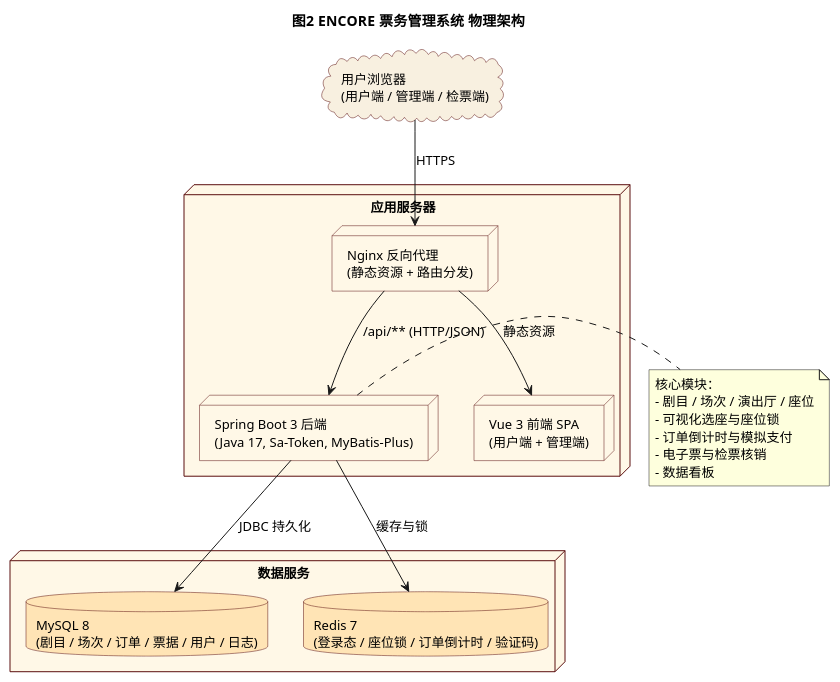
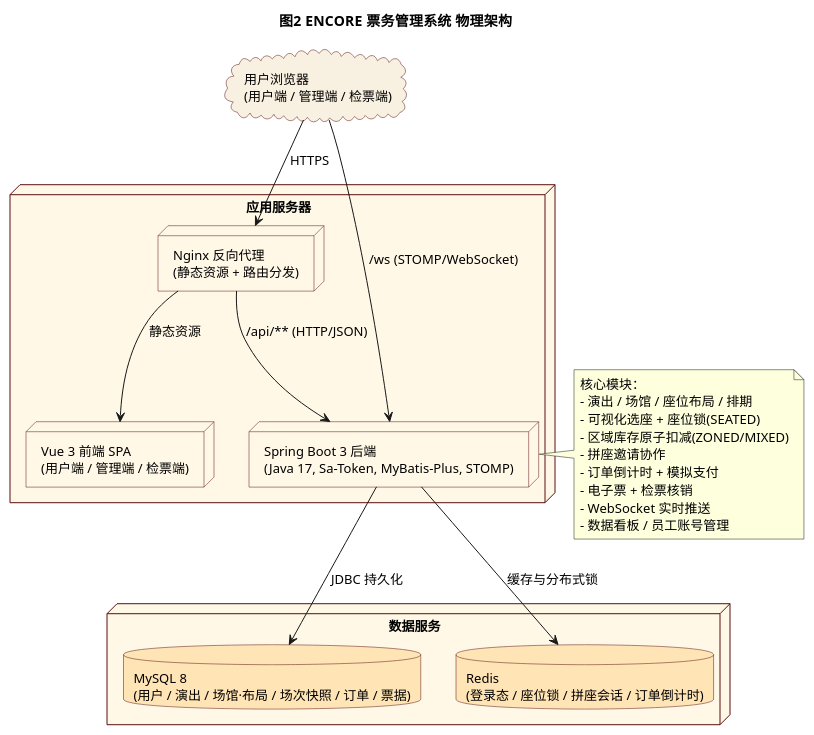
The diagram in uml-source/figure-01.puml (L0ne1y4Ever/ENCORE), drawn with PlantUML before and after one commit. The commit also changed 89 other files, not shown here.

```diff
--- a/uml-source/figure-01.puml
+++ b/uml-source/figure-01.puml
@@ -1,47 +1,51 @@
 @startuml
 !pragma teoz true
 skinparam shadowing false
 skinparam DefaultFontName "Microsoft YaHei"
 skinparam DefaultFontSize 13
 skinparam node {
   BackgroundColor #FFF8E7
   BorderColor #5B0E0E
 }
 skinparam database {
   BackgroundColor #FFE4B5
   BorderColor #5B0E0E
 }
 skinparam cloud {
   BackgroundColor #F8F0E0
   BorderColor #5B0E0E
 }
 title 图2  ENCORE 票务管理系统 物理架构
 
 cloud "用户浏览器\n(用户端 / 管理端 / 检票端)" as Browser
 
 node "应用服务器" {
   node "Nginx 反向代理\n(静态资源 + 路由分发)" as Nginx
-  node "Vue 3 前端 SPA\n(用户端 + 管理端)" as Frontend
-  node "Spring Boot 3 后端\n(Java 17, Sa-Token, MyBatis-Plus)" as Backend
+  node "Vue 3 前端 SPA\n(用户端 / 管理端 / 检票端)" as Frontend
+  node "Spring Boot 3 后端\n(Java 17, Sa-Token, MyBatis-Plus, STOMP)" as Backend
 }
 
 node "数据服务" {
-  database "MySQL 8\n(剧目 / 场次 / 订单 / 票据 / 用户 / 日志)" as MySQL
-  database "Redis 7\n(登录态 / 座位锁 / 订单倒计时 / 验证码)" as Redis
+  database "MySQL 8\n(用户 / 演出 / 场馆·布局 / 场次快照 / 订单 / 票据)" as MySQL
+  database "Redis\n(登录态 / 座位锁 / 拼座会话 / 订单倒计时)" as Redis
 }
 
 Browser --> Nginx : HTTPS
 Nginx --> Frontend : 静态资源
 Nginx --> Backend : /api/** (HTTP/JSON)
+Browser --> Backend : /ws (STOMP/WebSocket)
 Backend --> MySQL : JDBC 持久化
-Backend --> Redis : 缓存与锁
+Backend --> Redis : 缓存与分布式锁
 
 note right of Backend
   核心模块：
-  - 剧目 / 场次 / 演出厅 / 座位
-  - 可视化选座与座位锁
-  - 订单倒计时与模拟支付
-  - 电子票与检票核销
-  - 数据看板
+  - 演出 / 场馆 / 座位布局 / 排期
+  - 可视化选座 + 座位锁(SEATED)
+  - 区域库存原子扣减(ZONED/MIXED)
+  - 拼座邀请协作
+  - 订单倒计时 + 模拟支付
+  - 电子票 + 检票核销
+  - WebSocket 实时推送
+  - 数据看板 / 员工账号管理
 end note
 @enduml
```
